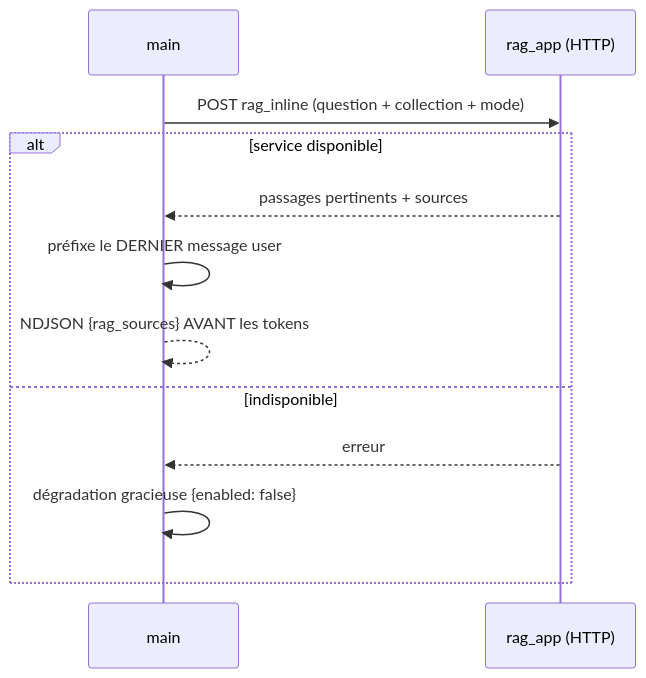
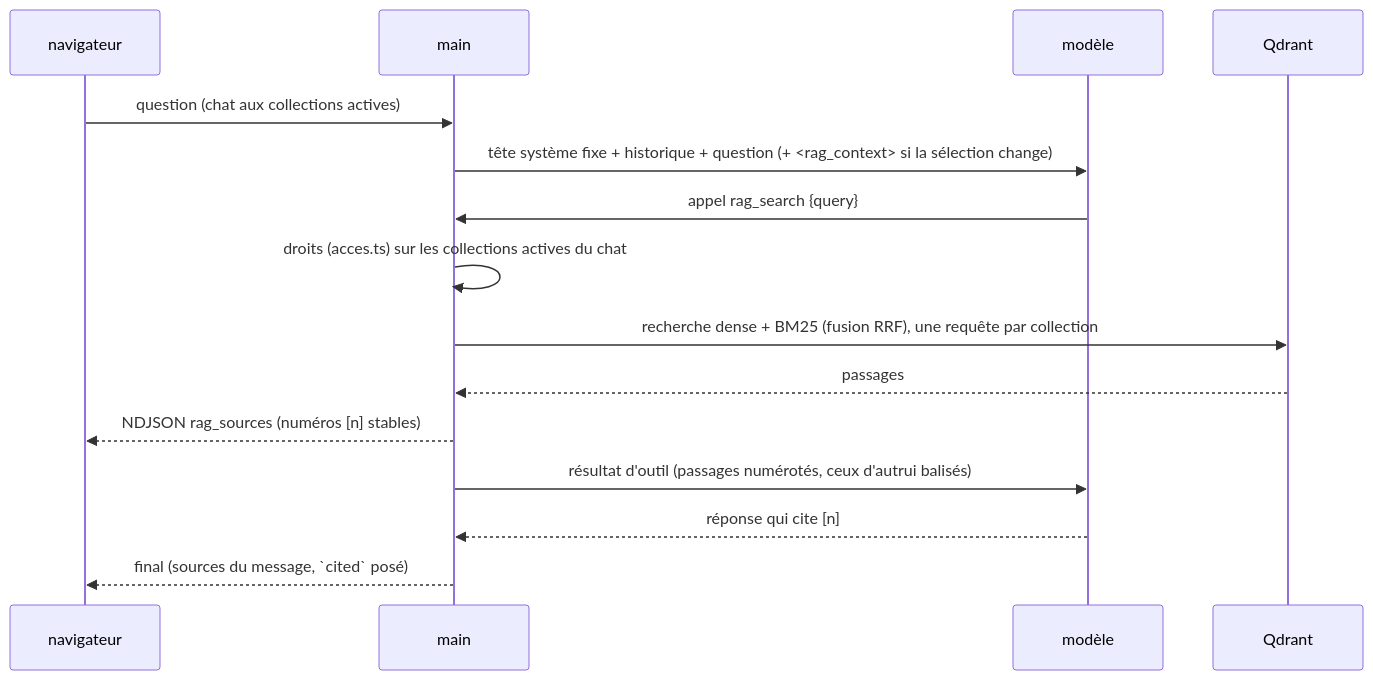
Diagram 13 of 16 in docs/architecture.md (toto-fou/Elpis), drawn with Mermaid before and after one commit. The commit also changed other lines of this file and 269 other files, not shown here.

First line of the commit message:
Integrated RAG: per-account collections, publishing, chat tools, chunking

````diff
--- a/docs/architecture.md
+++ b/docs/architecture.md
@@ -1311,14 +1312,17 @@
 ```mermaid
 sequenceDiagram
+    participant U as navigateur
     participant A as main
-    participant R as rag_app (HTTP)
-    A->>R: POST rag_inline (question + collection + mode)
-    alt service disponible
-        R-->>A: passages pertinents + sources
-        A->>A: préfixe le DERNIER message user
-        A-->>A: NDJSON {rag_sources} AVANT les tokens
-    else indisponible
-        R-->>A: erreur
-        A->>A: dégradation gracieuse {enabled: false}
-    end
+    participant M as modèle
+    participant Q as Qdrant
+    U->>A: question (chat aux collections actives)
+    A->>M: tête système fixe + historique + question (+ <rag_context> si la sélection change)
+    M->>A: appel rag_search {query}
+    A->>A: droits (acces.ts) sur les collections actives du chat
+    A->>Q: recherche dense + BM25 (fusion RRF), une requête par collection
+    Q-->>A: passages
+    A-->>U: NDJSON rag_sources (numéros [n] stables)
+    A->>M: résultat d'outil (passages numérotés, ceux d'autrui balisés)
+    M-->>A: réponse qui cite [n]
+    A-->>U: final (sources du message, `cited` posé)
 ```
````
